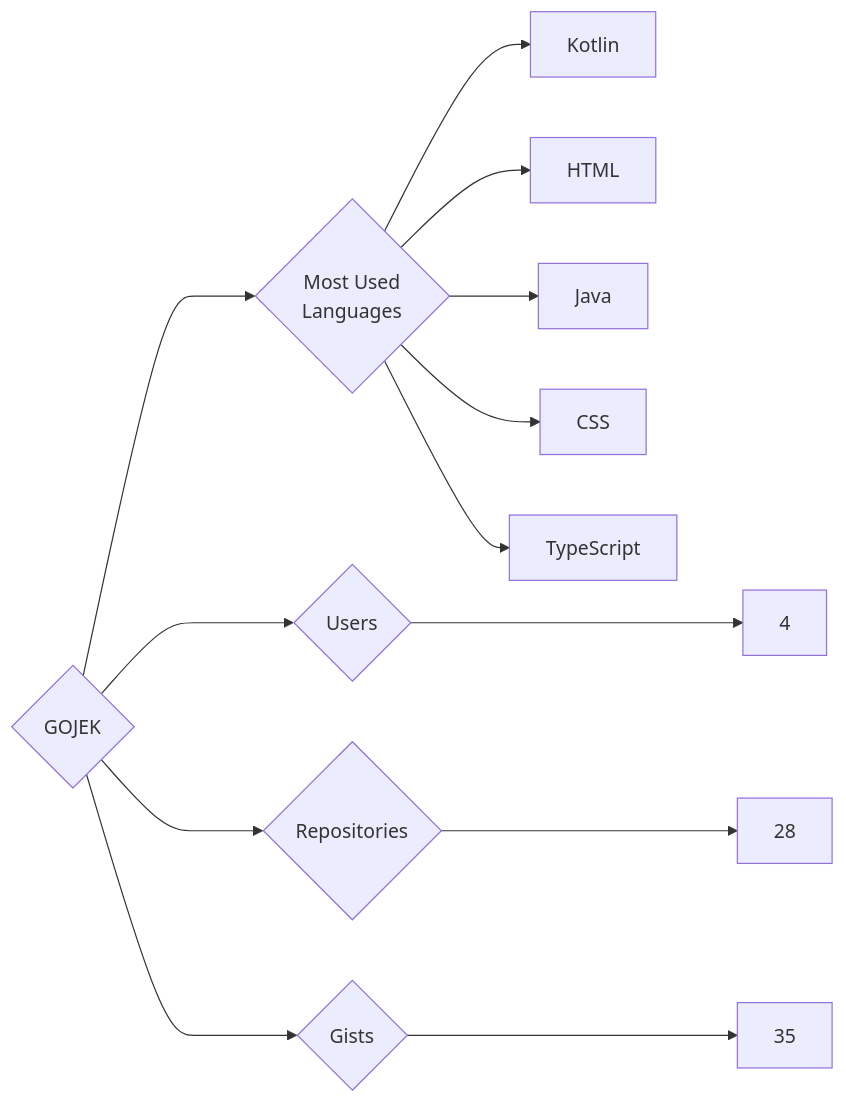
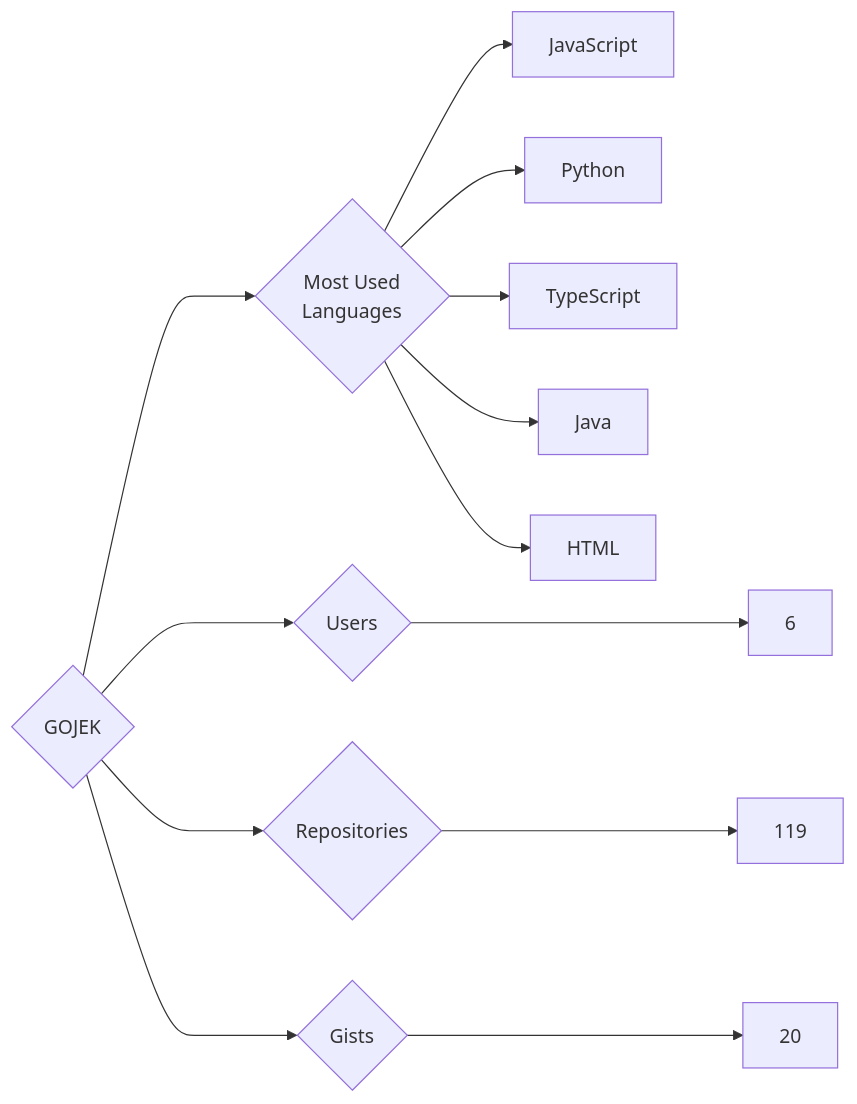
Before and after one commit to trickest/insiders: the diagram in targets/GOJEK/README.md, drawn with Mermaid. The commit also changed 1166 other files, not shown here.

````diff
--- a/targets/GOJEK/README.md
+++ b/targets/GOJEK/README.md
@@ -3,13 +3,13 @@
 ```mermaid
 graph LR
 COMPANY_NAME{GOJEK}
-COMPANY_NAME ---> U{Users} ---> UN[4]
-COMPANY_NAME ---> R{Repositories} ---> RN[28]
-COMPANY_NAME ---> G{Gists} ---> GN[35]
+COMPANY_NAME ---> U{Users} ---> UN[6]
+COMPANY_NAME ---> R{Repositories} ---> RN[119]
+COMPANY_NAME ---> G{Gists} ---> GN[20]
 COMPANY_NAME ---> ML{Most Used<br>Languages}
-ML --> Kotlin[Kotlin]
+ML --> JavaScript[JavaScript]
+ML --> Python[Python]
+ML --> TypeScript[TypeScript]
+ML --> Java[Java]
 ML --> HTML[HTML]
-ML --> Java[Java]
-ML --> CSS[CSS]
-ML --> TypeScript[TypeScript]
 ```
````
